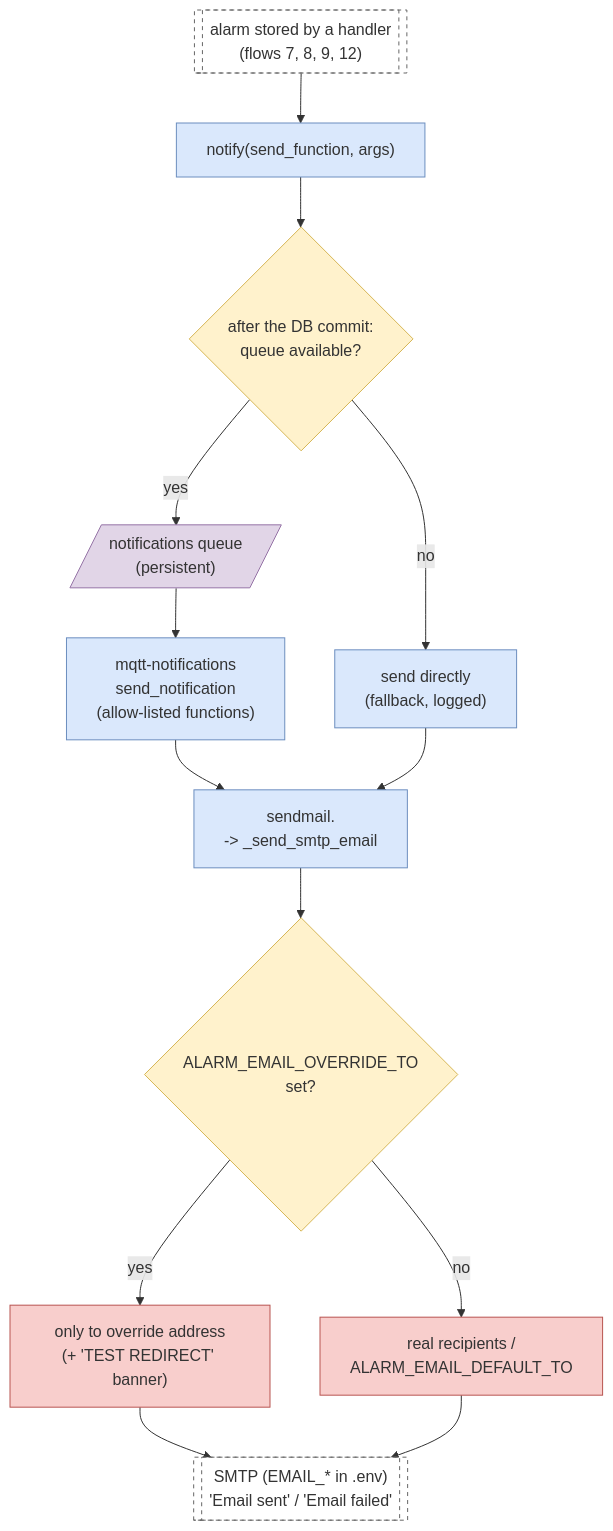
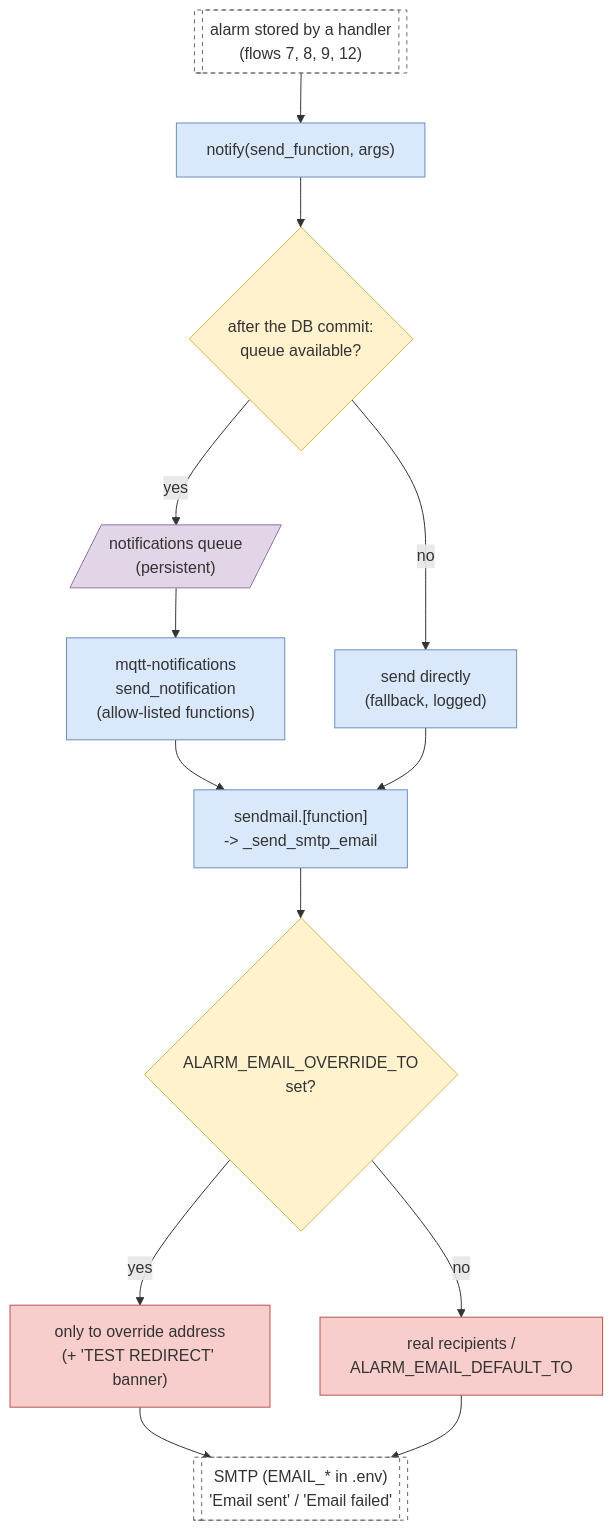
One commit to ashutoshdubey-aviconn/AVC-backend changed the tenth of 14 diagrams in docs/mqtt-flows/README.md. Above: the diagram before and after it, drawn with Mermaid. The commit also changed 2 other files, not shown here.

Commit message:
docs/mqtt-flows: label fix in flow 10 (Mermaid treated <function> as HTML)

````diff
--- a/docs/mqtt-flows/README.md
+++ b/docs/mqtt-flows/README.md
@@ -777,36 +777,36 @@
 ```mermaid
 flowchart TD
     alarm[["alarm stored by a handler<br/>(flows 7, 8, 9, 12)"]]
     notify["notify(send_function, args)"]
     commit{"after the DB commit:<br/>queue available?"}
     q[/"notifications queue<br/>(persistent)"/]
     direct["send directly<br/>(fallback, logged)"]
     worker["mqtt-notifications<br/>send_notification<br/>(allow-listed functions)"]
-    send["sendmail.<function><br/>-> _send_smtp_email"]
+    send["sendmail.[function]<br/>-> _send_smtp_email"]
     over{"ALARM_EMAIL_OVERRIDE_TO<br/>set?"}
     test["only to override address<br/>(+ 'TEST REDIRECT' banner)"]
     real["real recipients /<br/>ALARM_EMAIL_DEFAULT_TO"]
     smtp[["SMTP (EMAIL_* in .env)<br/>'Email sent' / 'Email failed'"]]
     alarm --> notify
     notify --> commit
     commit -->|"yes"| q
     commit -->|"no"| direct
     q --> worker
     worker --> send
     direct --> send
     send --> over
     over -->|"yes"| test
     over -->|"no"| real
     test --> smtp
     real --> smtp
     classDef decision fill:#fff2cc,stroke:#d6b656
     class commit,over decision
     classDef queue fill:#e1d5e7,stroke:#9673a6
     class q queue
     classDef alarm fill:#f8cecc,stroke:#b85450
     class test,real alarm
     classDef ext fill:#ffffff,stroke:#666,stroke-dasharray:4
     class alarm,smtp ext
     classDef process fill:#dae8fc,stroke:#6c8ebf
     class notify,direct,worker,send process
 ```
````
